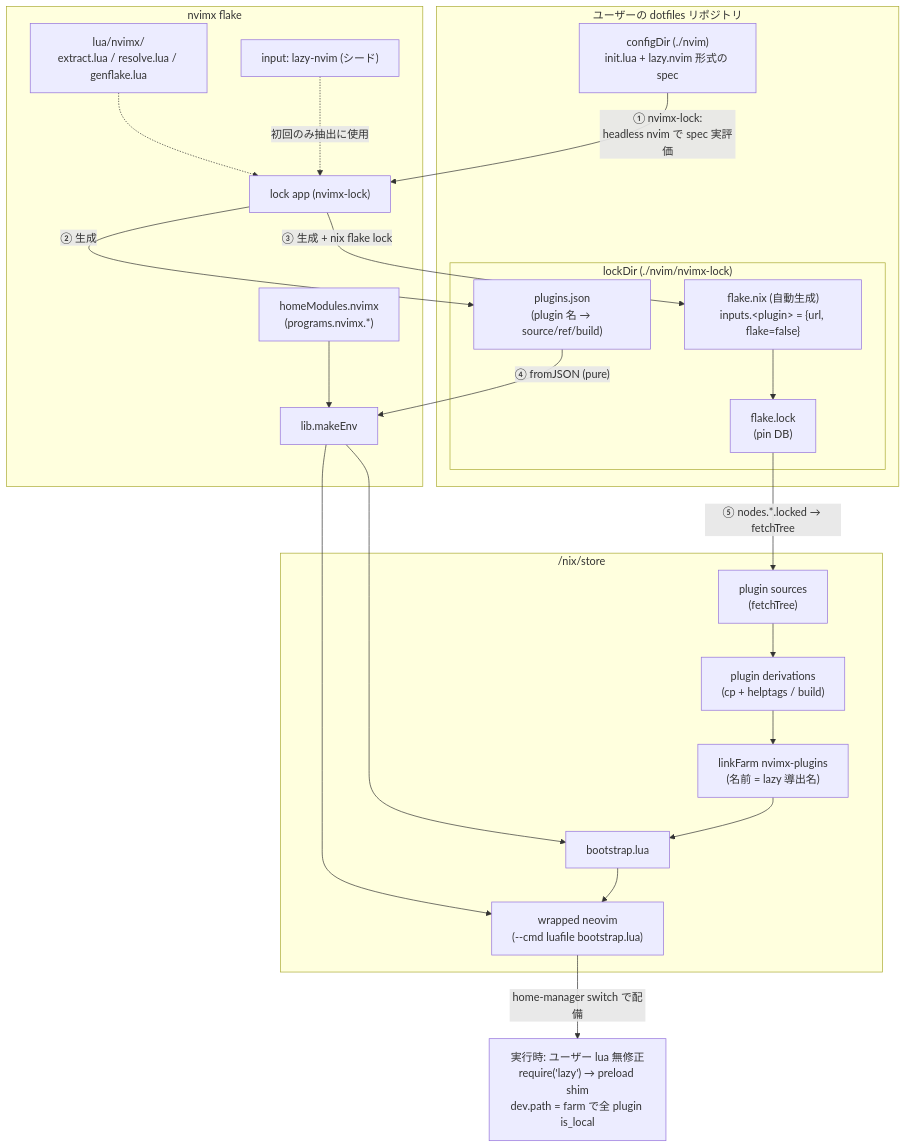
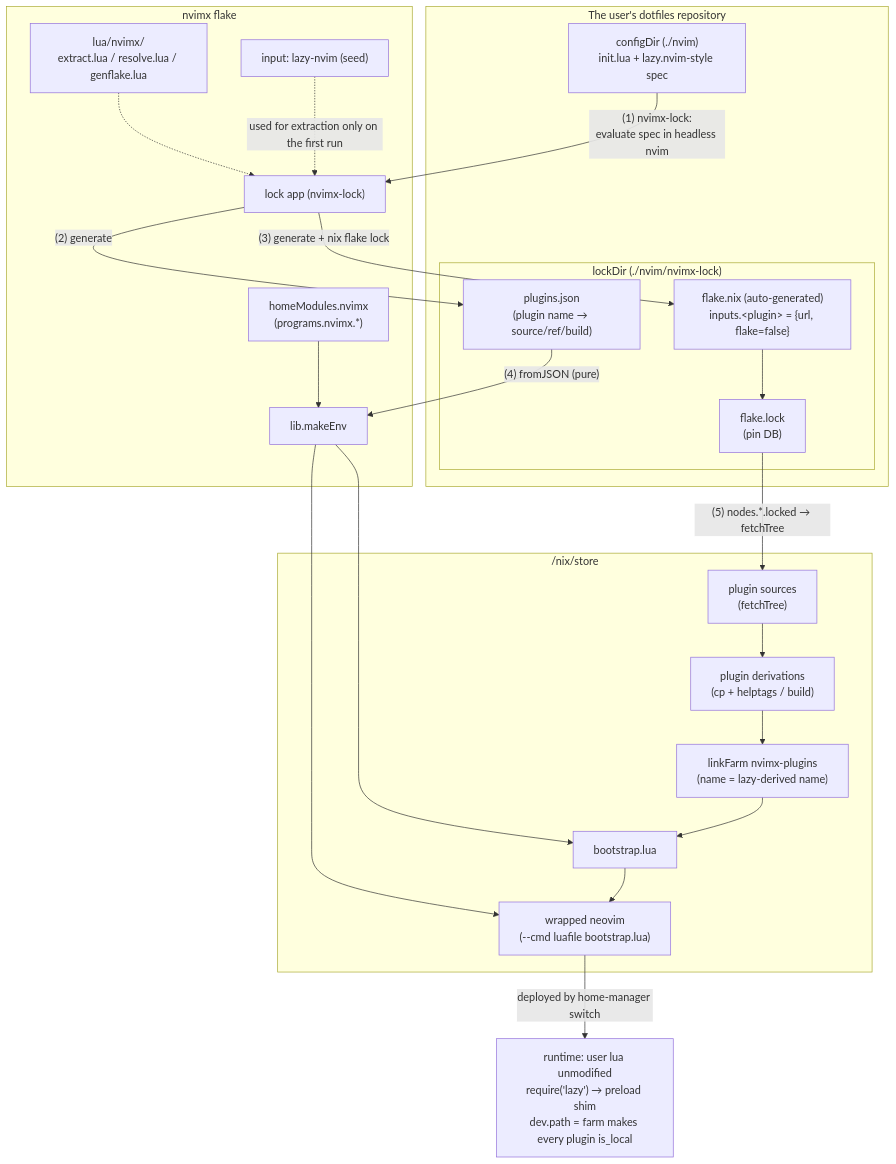
Before and after one commit to myuron/nvimx: the first of 3 diagrams in docs/architecture.md, drawn with Mermaid. The commit also changed other lines of this file and 21 other files, not shown here.

````diff
--- a/docs/architecture.md
+++ b/docs/architecture.md
@@ -25,46 +25,46 @@
 ```mermaid
 flowchart TB
-    subgraph dotfiles["ユーザーの dotfiles リポジトリ"]
-        config["configDir (./nvim)<br/>init.lua + lazy.nvim 形式の spec"]
+    subgraph dotfiles["The user's dotfiles repository"]
+        config["configDir (./nvim)<br/>init.lua + lazy.nvim-style spec"]
         subgraph lockdir["lockDir (./nvim/nvimx-lock)"]
-            pjson["plugins.json<br/>(plugin 名 → source/ref/build)"]
-            lflake["flake.nix (自動生成)<br/>inputs.&lt;plugin&gt; = {url, flake=false}"]
+            pjson["plugins.json<br/>(plugin name → source/ref/build)"]
+            lflake["flake.nix (auto-generated)<br/>inputs.&lt;plugin&gt; = {url, flake=false}"]
             llock["flake.lock<br/>(pin DB)"]
         end
     end
 
     subgraph nvimx["nvimx flake"]
         lib["lib.makeEnv"]
         hm["homeModules.nvimx<br/>(programs.nvimx.*)"]
         lockapp["lock app (nvimx-lock)"]
         extractor["lua/nvimx/<br/>extract.lua / resolve.lua / genflake.lua"]
-        seed["input: lazy-nvim (シード)"]
+        seed["input: lazy-nvim (seed)"]
     end
 
     subgraph store["/nix/store"]
         srcs["plugin sources<br/>(fetchTree)"]
         drvs["plugin derivations<br/>(cp + helptags / build)"]
-        farm["linkFarm nvimx-plugins<br/>(名前 = lazy 導出名)"]
+        farm["linkFarm nvimx-plugins<br/>(name = lazy-derived name)"]
         boot["bootstrap.lua"]
         wrapped["wrapped neovim<br/>(--cmd luafile bootstrap.lua)"]
     end
 
-    config -- "① nvimx-lock:<br/>headless nvim で spec 実評価" --> lockapp
-    lockapp -- "② 生成" --> pjson
-    lockapp -- "③ 生成 + nix flake lock" --> lflake
+    config -- "(1) nvimx-lock:<br/>evaluate spec in headless nvim" --> lockapp
+    lockapp -- "(2) generate" --> pjson
+    lockapp -- "(3) generate + nix flake lock" --> lflake
     lflake --> llock
 
-    pjson -- "④ fromJSON (pure)" --> lib
-    llock -- "⑤ nodes.*.locked → fetchTree" --> srcs
+    pjson -- "(4) fromJSON (pure)" --> lib
+    llock -- "(5) nodes.*.locked → fetchTree" --> srcs
     hm --> lib
     srcs --> drvs
     drvs --> farm
     lib --> boot
     lib --> wrapped
     farm --> boot
     boot --> wrapped
 
-    wrapped -- "home-manager switch で配備" --> runtime["実行時: ユーザー lua 無修正<br/>require('lazy') → preload shim<br/>dev.path = farm で全 plugin is_local"]
+    wrapped -- "deployed by home-manager switch" --> runtime["runtime: user lua unmodified<br/>require('lazy') → preload shim<br/>dev.path = farm makes every plugin is_local"]
     extractor -.-> lockapp
-    seed -. "初回のみ抽出に使用" .-> lockapp
+    seed -. "used for extraction only on the first run" .-> lockapp
 ```
````
